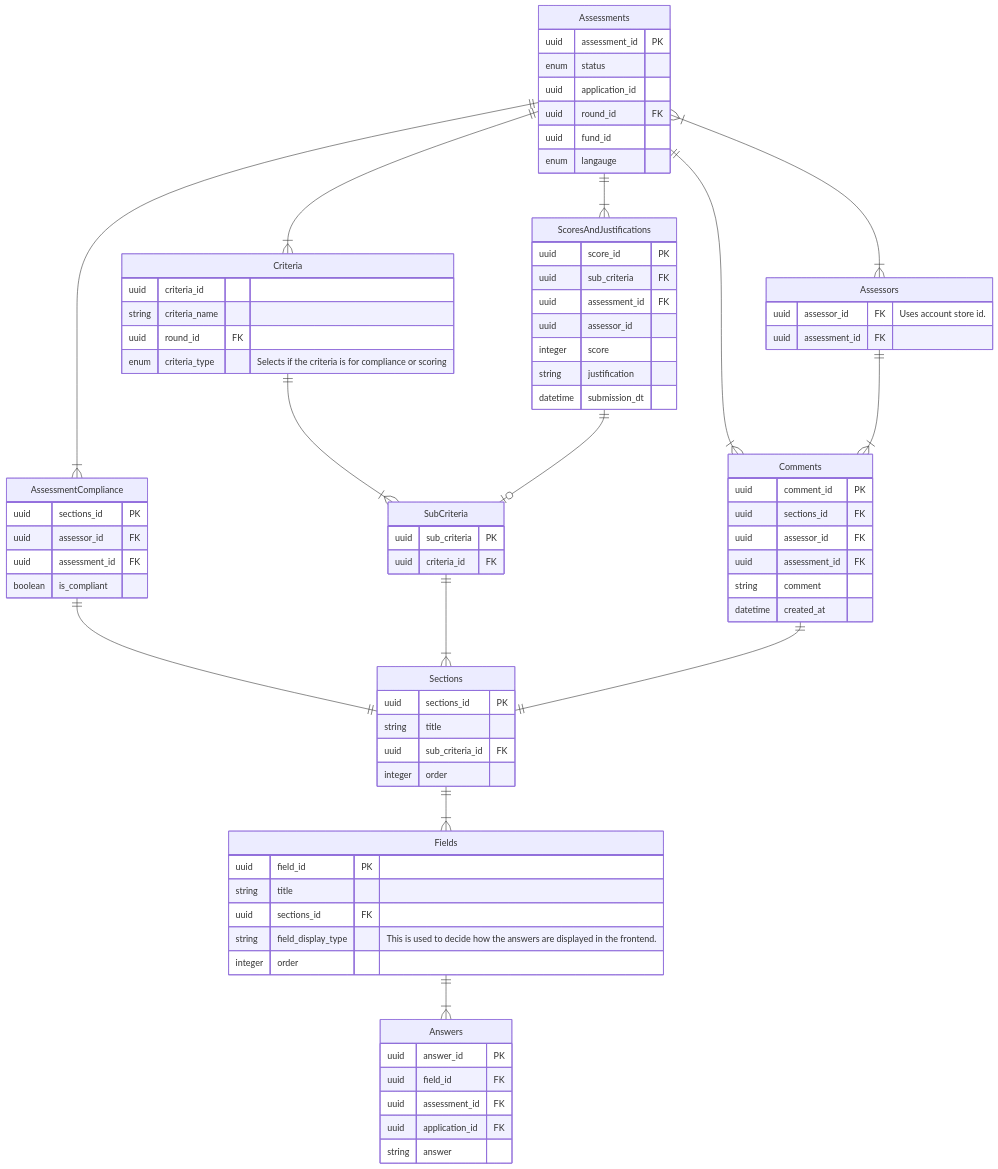
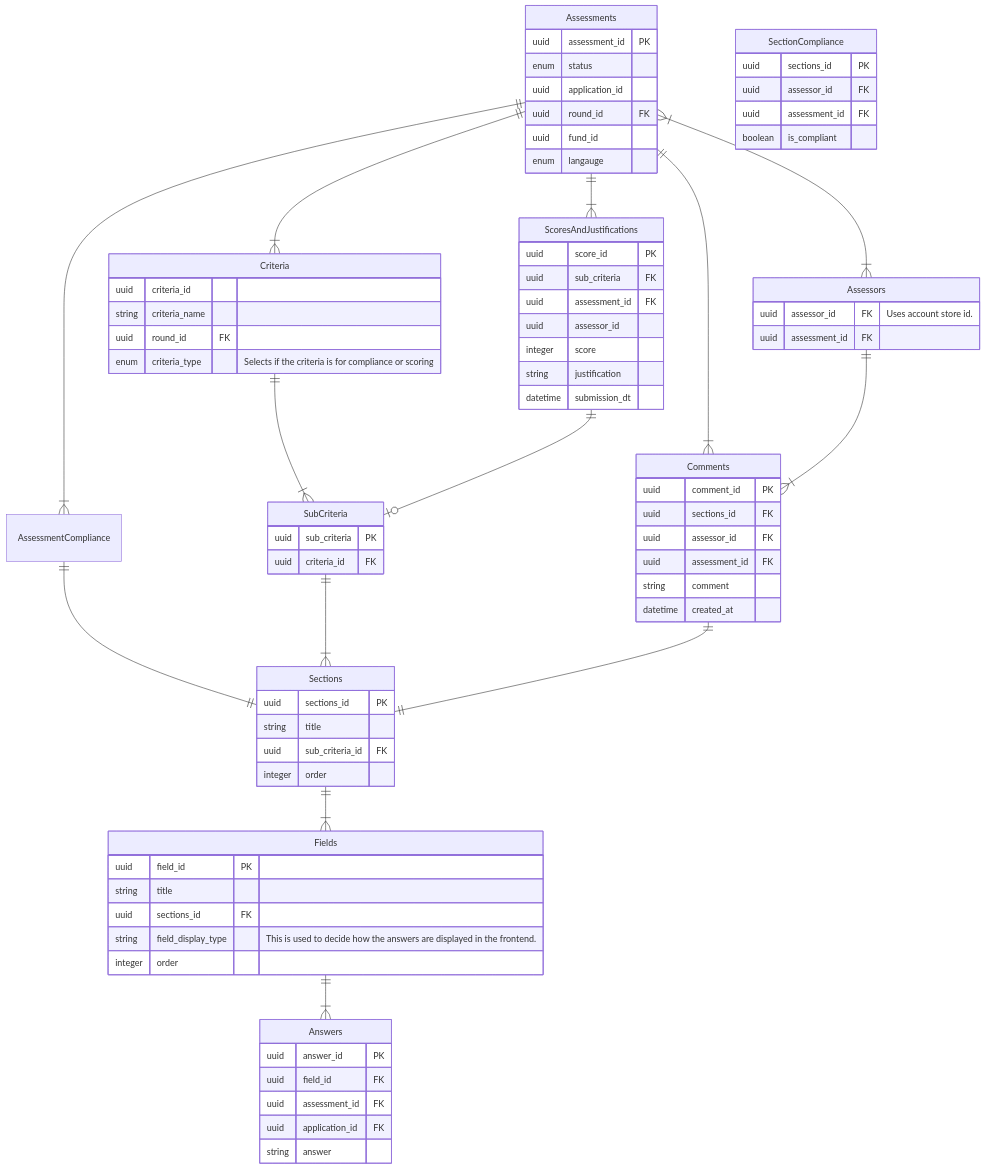
The diagram in diagrams/db_diagram.md (communitiesuk/funding-service-design-assessment-store), drawn with Mermaid before and after one commit.

````diff
--- a/diagrams/db_diagram.md
+++ b/diagrams/db_diagram.md
@@ -1,82 +1,82 @@
 ```mermaid
 erDiagram
 	SubCriteria {
 		uuid sub_criteria PK
 		uuid criteria_id FK
 	}
 	Criteria {
 		uuid criteria_id
 		string criteria_name
 		uuid round_id FK
 		enum criteria_type  "Selects if the criteria is for compliance or scoring"
 	}
 	Assessors {
 		uuid assessor_id FK "Uses account store id."
 		uuid assessment_id FK
 	}
 	Assessments {
 		uuid assessment_id PK
 		enum status
 		uuid application_id
 		uuid round_id FK
 		uuid fund_id
 		enum langauge 
 	}
 	Sections {
 		uuid sections_id PK
 		string title
 		uuid sub_criteria_id FK		
 		integer order
 	}
 	Fields {
 		uuid field_id PK
 		string title
 		uuid sections_id FK
 		string field_display_type "This is used to decide how the answers are displayed in the frontend."
 		integer order
 	}
 	Answers {
 		uuid answer_id PK
 		uuid field_id FK
 		uuid assessment_id FK
 		uuid application_id FK
 		string answer
 	}
 	ScoresAndJustifications {
 		uuid score_id PK
 		uuid sub_criteria FK
 		uuid assessment_id FK
 		uuid assessor_id
 		integer score
 		string justification
 		datetime submission_dt
 	}
-	AssessmentCompliance {
+	SectionCompliance {
 		uuid sections_id PK
 		uuid assessor_id FK
 		uuid assessment_id FK
 		boolean is_compliant
 	}
 	Comments {
 		uuid comment_id PK
 		uuid sections_id FK
 		uuid assessor_id FK
 		uuid assessment_id FK
 		string comment
 		datetime created_at
 	}
 
 	Criteria ||--|{ SubCriteria : ""
 	AssessmentCompliance ||--|| Sections : ""
 	SubCriteria ||--|{ Sections : ""
 	Sections ||--|{ Fields : ""
 	Fields ||--|{ Answers : ""
 	Assessments ||--|{ ScoresAndJustifications : ""
 	ScoresAndJustifications ||--o| SubCriteria : ""
 	Assessments }|--|{ Assessors : ""
 	Assessments ||--|{ Criteria : ""
 	Assessments ||--|{ Comments : ""
 	Assessments ||--|{ AssessmentCompliance : ""
 	Assessors ||--|{ Comments : ""
 	Comments ||--|| Sections : ""
 ```
````
